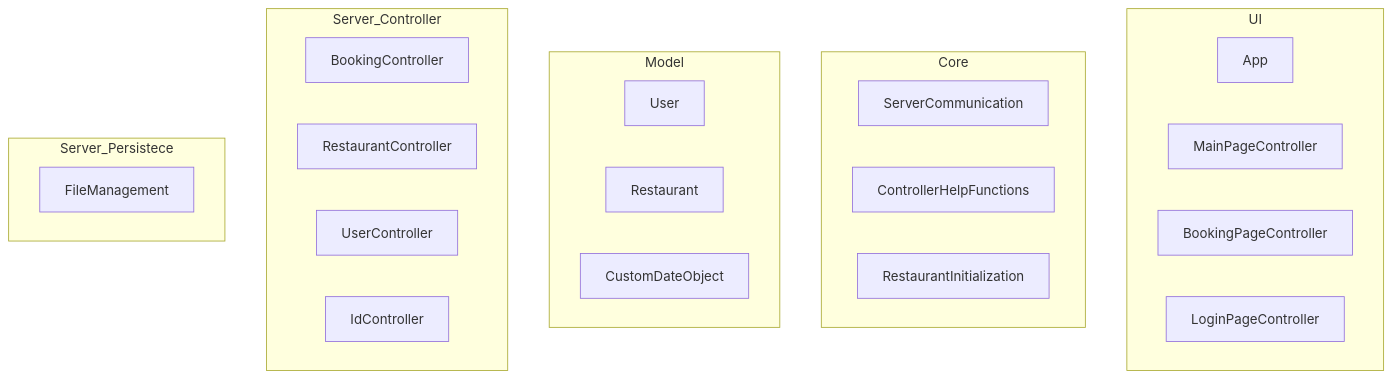
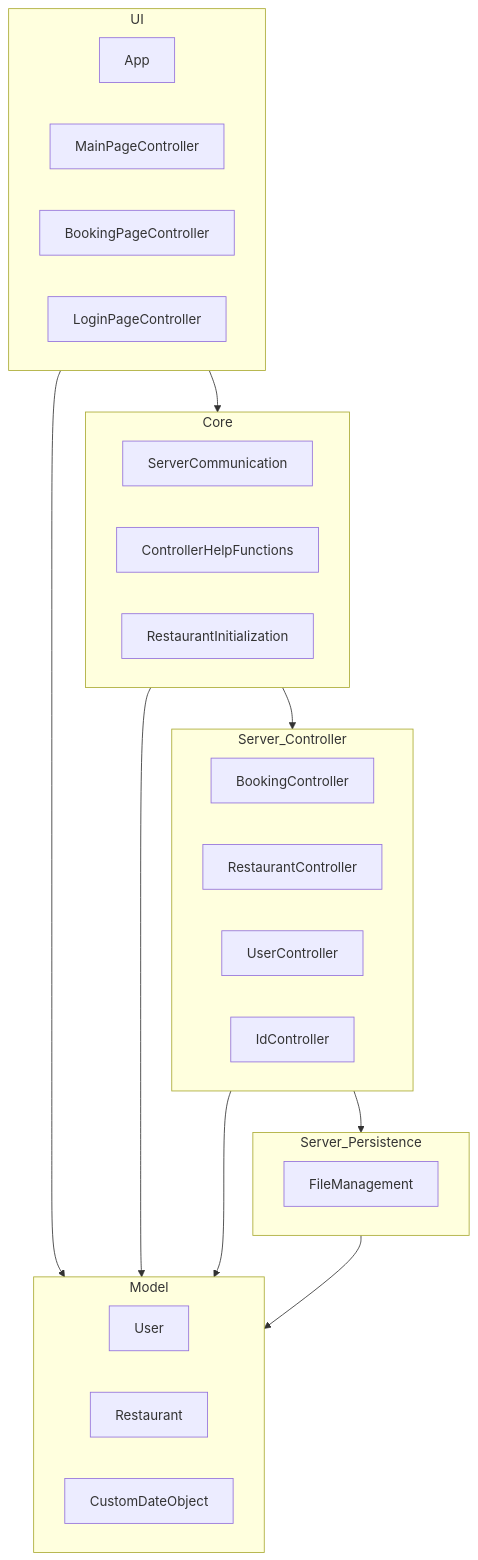
The diagram in Package-diagram.md (marsun02/IT1901_Booking_Manager), drawn with Mermaid before and after one commit.

Commit message:
docs: :memo: Added new dependencies #219

````diff
--- a/Package-diagram.md
+++ b/Package-diagram.md
@@ -1,39 +1,52 @@
 ```mermaid
     flowchart TD
 
     %% packages
 
     subgraph UI
         App
         MainPageController
         BookingPageController
         LoginPageController
     end    
 
 
     
     subgraph Core
         ServerCommunication
         ControllerHelpFunctions
         RestaurantInitialization
     end   
 
     
     subgraph Model
         User
         Restaurant
         CustomDateObject
     end 
 
 
     subgraph Server_Controller
         BookingController
         RestaurantController
         UserController
         IdController
     end
 
-    subgraph Server_Persistece
+    subgraph Server_Persistence
         FileManagement
     end
+
+
+    %% Dependencies
+    UI --> Core
+    UI --> Model
+
+    Core --> Model
+    Core --> Server_Controller
+
+    Server_Controller --> Model
+    Server_Controller --> Server_Persistence
+
+    Server_Persistence --> Model
 ```
````
